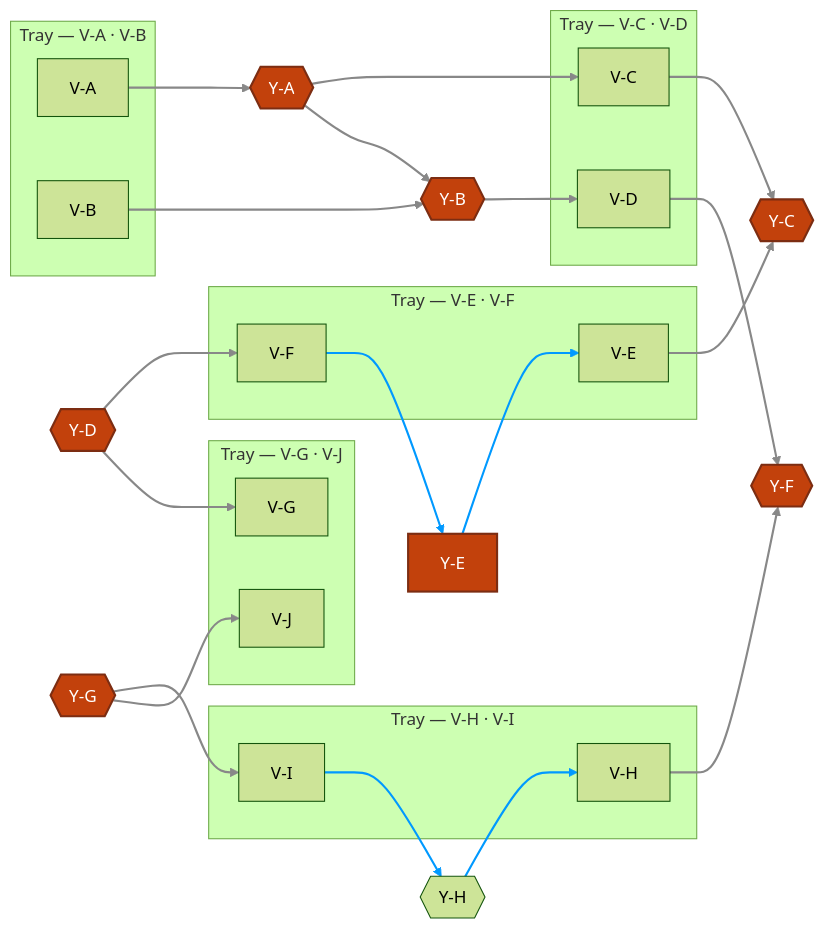
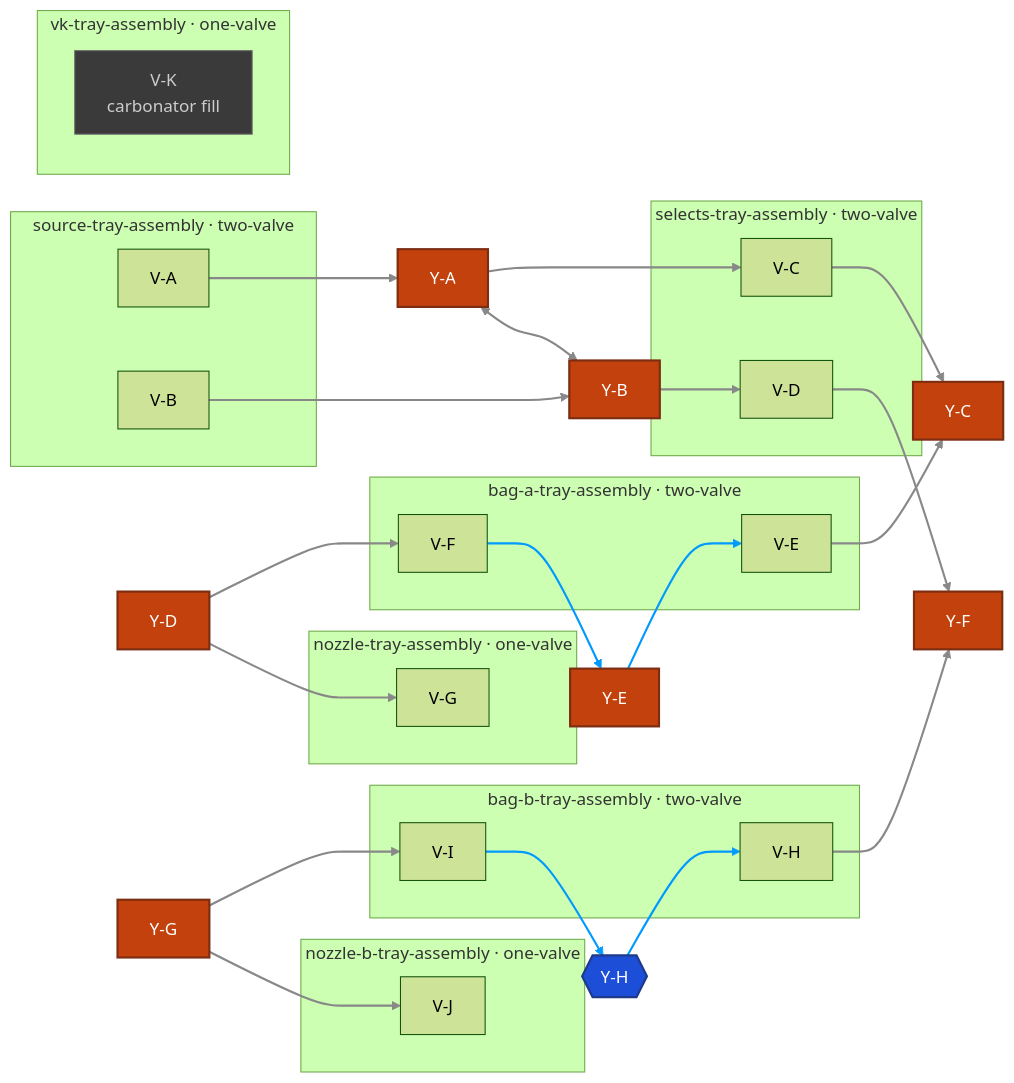
One commit to derekbreden/homesodamachine changed the diagram in hardware/topology/fluid-topology-trays.mmd. Above: the diagram before and after it, drawn with Mermaid (forest theme). The commit also changed 7 other files, not shown here.

```diff
--- a/hardware/topology/fluid-topology-trays.mmd
+++ b/hardware/topology/fluid-topology-trays.mmd
@@ -1,81 +1,119 @@
 flowchart LR
 
-  %% Valve-manifold fluid topology grouped by physical carrier. Every box is one
-  %% printed two-valve tray — five of them, all the same part — and the two
-  %% valves inside are the pair that meets at one junction. The junctions
-  %% themselves have no carrier: no fitting seats on the tray, so each follows
-  %% from where its pair's two ports land rather than from the tray. Blue links
-  %% reach a pair's own junction; gray ones cross to another pair or to a pump.
-  %% Hexagons are Y-dividers — the fitting a pair joined SIDE BY SIDE takes where
-  %% there is room ahead of it for a trident, which is Y-H alone; orange nodes are
-  %% Tees (in-line run + branch), which is every junction reaching two ports on
-  %% DIFFERENT trays, plus Y-E, whose own pair leaves it a strip a fitting's
-  %% diameter deep and so stands it ACROSS that strip. Y-A and Y-B are the pair to read that
-  %% way: the source tray stands in the selects tray's own two seats, so each of
-  %% them takes one port from each tray down one column, and the edge between
-  %% them is the crossbar that puts all four on one node. Source, pump, bag and
-  %% nozzle are omitted
-  %% — this is the condensed view; the complete chart is
-  %% fluid-topology-manifold.mmd, every endpoint present and every edge
-  %% labelled with its route ID.
+  %% The valve manifold grouped by PHYSICAL CARRIER — the condensed view: valves and
+  %% junctions only, sources, pumps, reservoirs and nozzles omitted. The complete chart,
+  %% every endpoint present and every edge labelled with its route ID and its measured
+  %% length, is fluid-topology-manifold.mmd.
 
-  subgraph TraySrc["Tray — V-A · V-B"]
+  %% Source of truth: the enclosure assembly's placed pack. Every box below is one
+  %% placed tray and holds exactly the valves that tray seats;
+  %% `_fluid_topology_sync.py` gates it against `_contents.build()`.
+
+  %% [7](TRAY_COUNT) trays carry the [11](TRAY_VALVE_COUNT) valves, in two stands.
+  %% [4](TWO_VALVE_COUNT) are the two-seat plate and [3](ONE_VALVE_COUNT) the one-seat
+  %% plate: a plate takes a second seat only where a PAIR meets at one junction, and
+  %% three valves in this machine stand alone.
+
+  %% Every tray lies FLAT — plate down, valves up, ports along Y. Nothing holds a valve
+  %% down, so a tray carries one plate-up, and a yaw is the only turn any of them has.
+
+  %% The junctions have no carrier. No fitting seats on a tray, so each hangs on the two
+  %% collets it joins and follows from where its pair's ports land. Blue links reach a
+  %% pair's own junction; grey ones cross to another tray or to a pump.
+
+  %% =========================
+  %% Head column — front, three two-valve trays one under the next
+  %% =========================
+  subgraph TSrc["source-tray-assembly &middot; two-valve"]
     VA["V-A"]
     VB["V-B"]
   end
 
-  subgraph TraySel["Tray — V-C · V-D"]
+  subgraph TSel["selects-tray-assembly &middot; two-valve"]
     VC["V-C"]
     VD["V-D"]
   end
 
-  subgraph TrayBagA["Tray — V-E · V-F"]
+  subgraph TBagA["bag-a-tray-assembly &middot; two-valve"]
     VE["V-E"]
     VF["V-F"]
   end
 
-  subgraph TrayBagB["Tray — V-H · V-I"]
+  %% =========================
+  %% Aft stand — four trays on the foam cap, all on one storey
+  %% =========================
+  subgraph TBagB["bag-b-tray-assembly &middot; two-valve"]
     VH["V-H"]
     VI["V-I"]
   end
 
-  subgraph TrayNoz["Tray — V-G · V-J"]
+  subgraph TNozA["nozzle-tray-assembly &middot; one-valve"]
     VG["V-G"]
+  end
+
+  subgraph TVK["vk-tray-assembly &middot; one-valve"]
+    VK["V-K<br/>carbonator fill"]
+  end
+
+  subgraph TNozB["nozzle-b-tray-assembly &middot; one-valve"]
     VJ["V-J"]
   end
 
-  YA{{"Y-A"}}
-  YB{{"Y-B"}}
-  YC{{"Y-C"}}
-  YD{{"Y-D"}}
+  %% =========================
+  %% Junctions — carried by nothing, hanging on the collets they join
+  %% =========================
+  YA["Y-A"]
+  YB["Y-B"]
+  YC["Y-C"]
+  YD["Y-D"]
   YE["Y-E"]
-  YF{{"Y-F"}}
-  YG{{"Y-G"}}
+  YF["Y-F"]
+  YG["Y-G"]
   YH{{"Y-H"}}
 
-  %% ---- A tray's two valves to the junction they share (blue) ----
+  %% ---- A tray's own pair to the junction it shares ----
   VF --> YE
   YE --> VE
   VI --> YH
   YH --> VH
 
-  %% ---- Everything that crosses to another pair or a pump (gray) ----
+  %% ---- Everything that crosses to another tray or a pump ----
+  %% Y-A and Y-B are the pair to read that way: the source tray stands in the selects
+  %% tray's own two seats, so each of them takes one port from each tray down one
+  %% column, and the crossbar between them puts all four ports on one node.
   VA --> YA
   YA --> VC
   VB --> YB
   YB --> VD
-  YA --> YB
+  YA <--> YB
   VC --> YC
   VD --> YF
   VE --> YC
   VH --> YF
   YD --> VF
   YG --> VI
   YD --> VG
   YG --> VJ
 
   %% ---- Styling ----
+  %% Y-H is the one PP2308E Y-divider — a trident, and the hexagon. The other seven are
+  %% PP0208E Tees. Which of the two a junction wants follows from the placed geometry
+  %% more than from the circuit: a divider joins two ports SIDE BY SIDE, which is the
+  %% shape a pair standing beside each other presents, and a Tee joins two ports one
+  %% corridor serves. What decides it is the pair's own sitting AND the room the fitting
+  %% has — a trident is 38.5 mm from stem tip to outlet face and needs that much clear
+  %% ahead of the pair, where a Tee standing across a band needs only its own 13.7 mm
+  %% diameter. Six of the eight reach BETWEEN trays and can only ever be Tees. The other
+  %% two join one tray's own pair, and there the room decides: Y-H has a column ahead of
+  %% it and is the trident; Y-E has a strip a fitting's diameter deep and stands a Tee
+  %% ACROSS it.
   classDef tee fill:#c2410c,stroke:#7c2d12,color:#ffffff,stroke-width:2px;
-  class YA,YB,YC,YF,YD,YG,YE tee;
+  class YA,YB,YC,YD,YE,YF,YG tee;
+  classDef divider fill:#1d4ed8,stroke:#1e3a8a,color:#ffffff,stroke-width:2px;
+  class YH divider;
+  %% V-K rides this stand but not this circuit: it gates the carbonator fill, and its
+  %% two runs are fluid-topology-carbonator.mmd's.
+  classDef offcircuit fill:#3a3a3a,stroke:#666,color:#cccccc,stroke-width:1px;
+  class VK offcircuit;
   linkStyle 0,1,2,3 stroke:#09f,stroke-width:2px
   linkStyle 4,5,6,7,8,9,10,11,12,13,14,15,16 stroke:#888,stroke-width:2px
```
